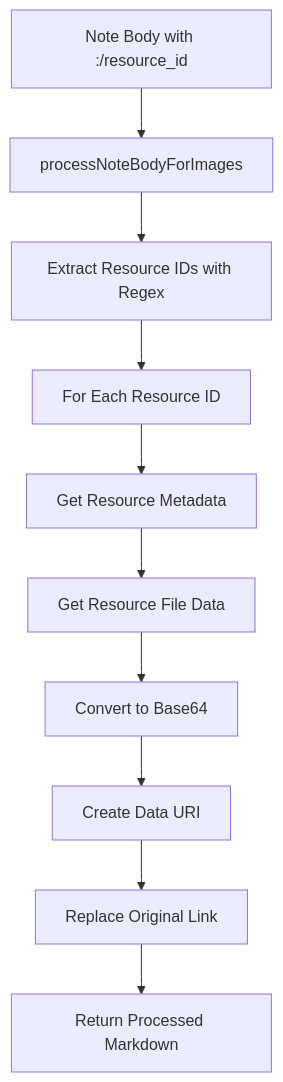
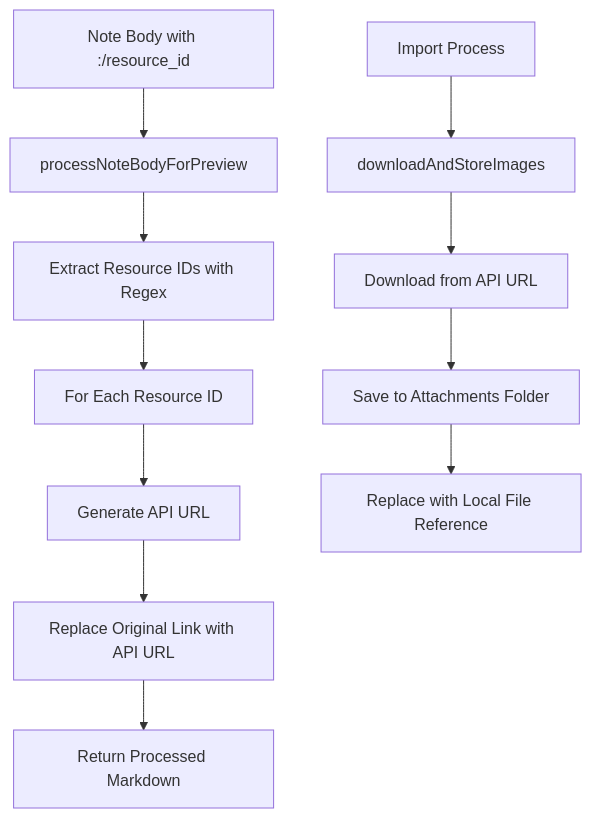
Before and after one commit to eristoddle/joplin-portal: the second of 4 diagrams in .kiro/specs/joplin-portal/design.md, drawn with Mermaid. The commit also changed other lines of this file and 2 other files, not shown here.

````diff
--- a/.kiro/specs/joplin-portal/design.md
+++ b/.kiro/specs/joplin-portal/design.md
@@ -337,12 +363,14 @@
 ```mermaid
 graph TB
-    A[Note Body with :/resource_id] --> B[processNoteBodyForImages]
+    A[Note Body with :/resource_id] --> B[processNoteBodyForPreview]
     B --> C[Extract Resource IDs with Regex]
     C --> D[For Each Resource ID]
-    D --> E[Get Resource Metadata]
-    E --> F[Get Resource File Data]
-    F --> G[Convert to Base64]
-    G --> H[Create Data URI]
-    H --> I[Replace Original Link]
-    I --> J[Return Processed Markdown]
+    D --> E[Generate API URL]
+    E --> F[Replace Original Link with API URL]
+    F --> G[Return Processed Markdown]
+
+    H[Import Process] --> I[downloadAndStoreImages]
+    I --> J[Download from API URL]
+    J --> K[Save to Attachments Folder]
+    K --> L[Replace with Local File Reference]
 ```
````
